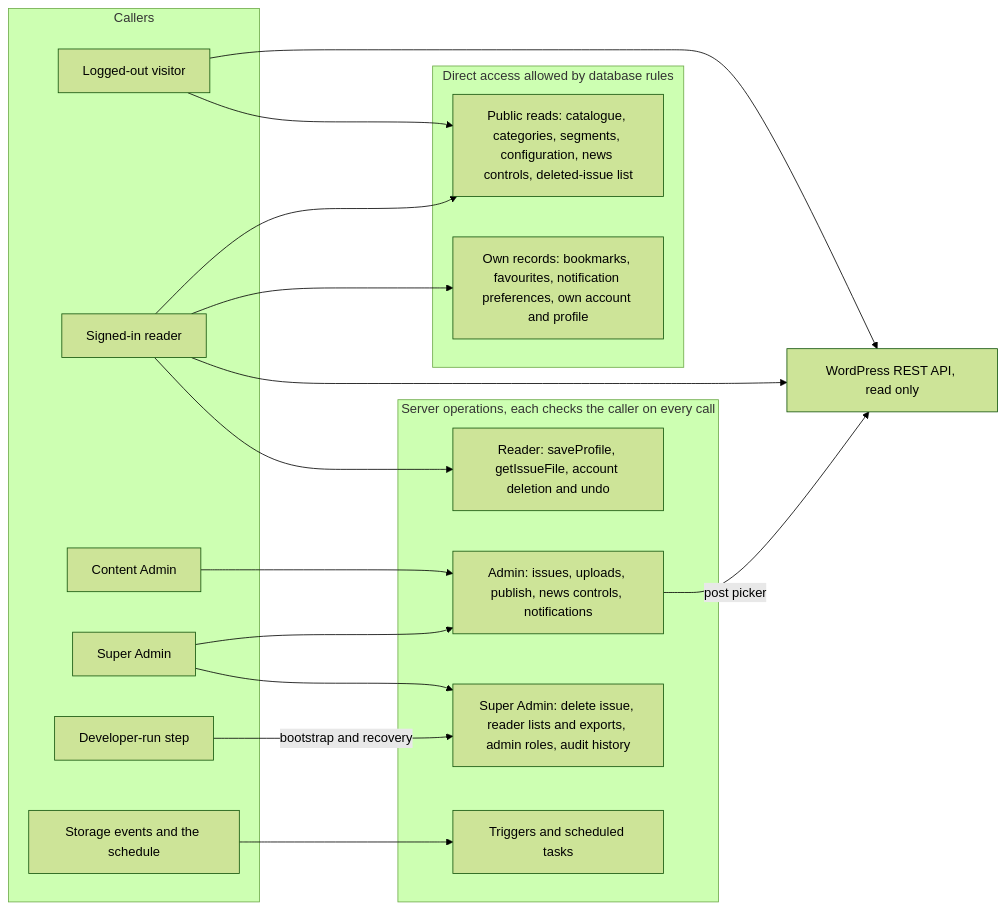
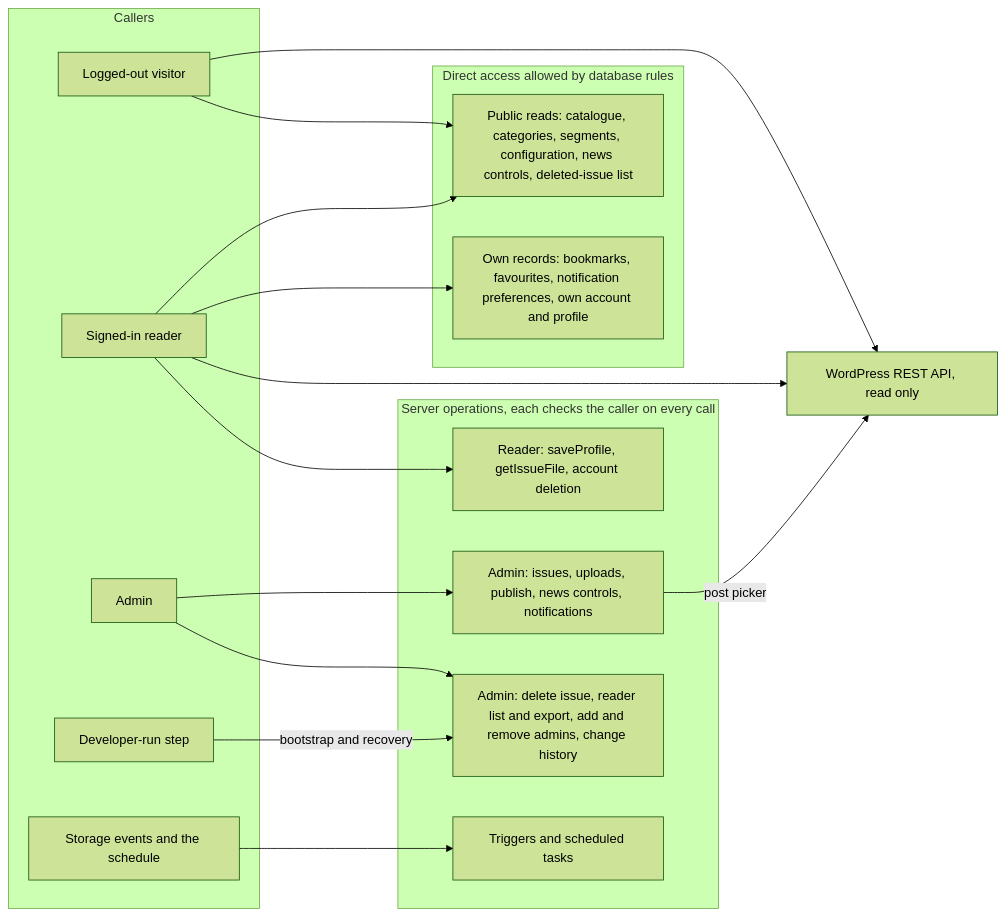
Before and after one commit to sanikaattarde/Metal-Forming-World-MFW-: the second of 2 diagrams in Documentation/API_AND_BACKEND_CONTRACT.md, drawn with Mermaid (forest theme). The commit also changed other lines of this file and 20 other files, not shown here.

````diff
--- a/Documentation/API_AND_BACKEND_CONTRACT.md
+++ b/Documentation/API_AND_BACKEND_CONTRACT.md
@@ -188,34 +184,32 @@
 ```mermaid
 flowchart LR
   subgraph callers["Callers"]
     v["Logged-out visitor"]
     r["Signed-in reader"]
-    ca["Content Admin"]
-    sa["Super Admin"]
+    ad["Admin"]
     dev["Developer-run step"]
     sys["Storage events and the schedule"]
   end
   subgraph direct["Direct access allowed by database rules"]
     d1["Public reads: catalogue, categories, segments, configuration, news controls, deleted-issue list"]
     d2["Own records: bookmarks, favourites, notification preferences, own account and profile"]
   end
   subgraph srv["Server operations, each checks the caller on every call"]
-    f1["Reader: saveProfile, getIssueFile, account deletion and undo"]
+    f1["Reader: saveProfile, getIssueFile, account deletion"]
     f2["Admin: issues, uploads, publish, news controls, notifications"]
-    f3["Super Admin: delete issue, reader lists and exports, admin roles, audit history"]
+    f3["Admin: delete issue, reader list and export, add and remove admins, change history"]
     f4["Triggers and scheduled tasks"]
   end
   wp["WordPress REST API, read only"]
   v --> d1
   v --> wp
   r --> d1
   r --> d2
   r --> f1
   r --> wp
-  ca --> f2
-  sa --> f2
-  sa --> f3
+  ad --> f2
+  ad --> f3
   dev -->|bootstrap and recovery| f3
   sys --> f4
   f2 -->|post picker| wp
 ```
````
